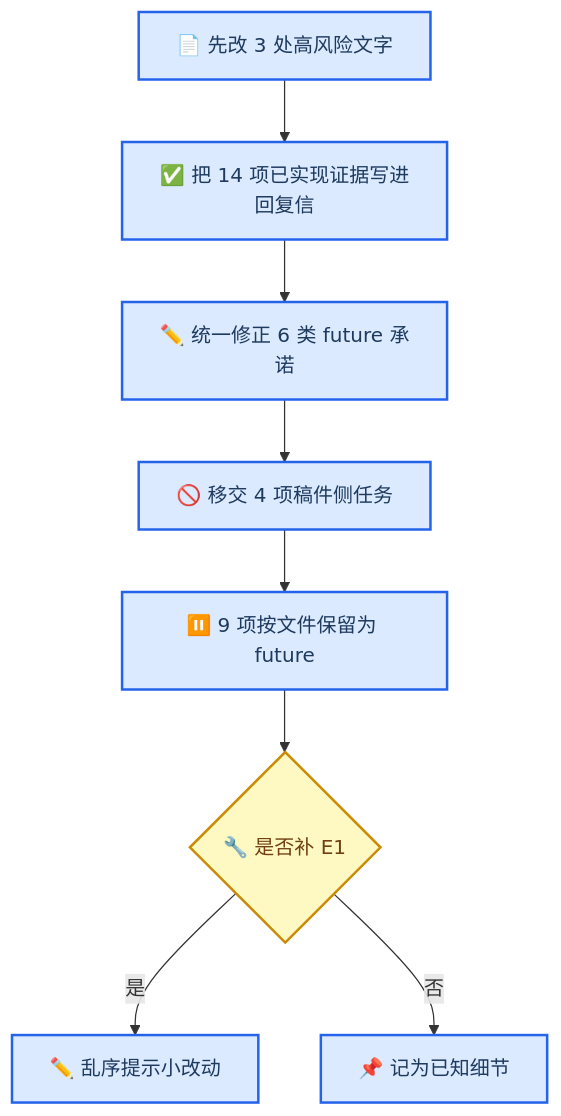
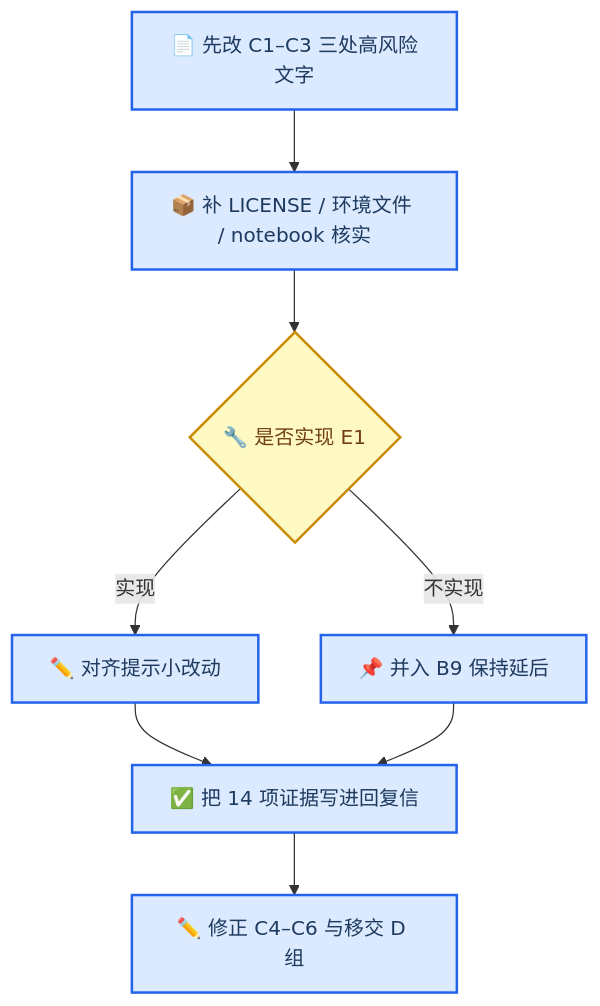
One commit to zhaizhaoyu98/MALER_server changed the diagram in docs/code-tasks.md. Above: the diagram before and after it, drawn with Mermaid. The commit also changed other lines of this file, not shown here.

Commit message:
docs: correct code-side scope and trim redundancy

````diff
--- a/docs/code-tasks.md
+++ b/docs/code-tasks.md
@@ -129,19 +144,19 @@
 ```mermaid
 flowchart TB
-    accTitle: Reviewer Item Triage Order
-    accDescr: Text corrections come first because they are the highest discovery risk, then the sixteen implemented items are turned into response-letter evidence, while deferred items are restated as future work
+    accTitle: Reviewer Item Triage
+    accDescr: Text corrections and repository materials come first because they are the least effort and the highest disclosure risk, then the single grey-zone code item is decided, while deferred items stay as future work
 
-    c[📄 先改 3 处高风险文字] --> ev[✅ 把 14 项已实现证据写进回复信]
-    ev --> fx[✏️ 统一修正 6 类 future 承诺]
-    fx --> non[🚫 移交 4 项稿件侧任务]
-    non --> def[⏸️ 9 项按文件保留为 future]
-    def --> code{🔧 是否补 E1}
-    code -->|是| e1[✏️ 乱序提示小改动]
-    code -->|否| keep[📌 记为已知细节]
+    fix[📄 先改 C1–C3 三处高风险文字] --> mat[📦 补 LICENSE / 环境文件 / notebook 核实]
+    mat --> code{🔧 是否实现 E1}
+    code -->|实现| e1[✏️ 对齐提示小改动]
+    code -->|不实现| keep[📌 并入 B9 保持延后]
+    e1 --> ev[✅ 把 14 项证据写进回复信]
+    keep --> ev
+    ev --> rest[✏️ 修正 C4–C6 与移交 D 组]
 
     classDef process fill:#dbeafe,stroke:#2563eb,stroke-width:2px,color:#1e3a5f
     classDef decision fill:#fef9c3,stroke:#ca8a04,stroke-width:2px,color:#713f12
 
-    class c,ev,fx,non,def,e1,keep process
+    class fix,mat,e1,keep,ev,rest process
     class code decision
 ```
````
